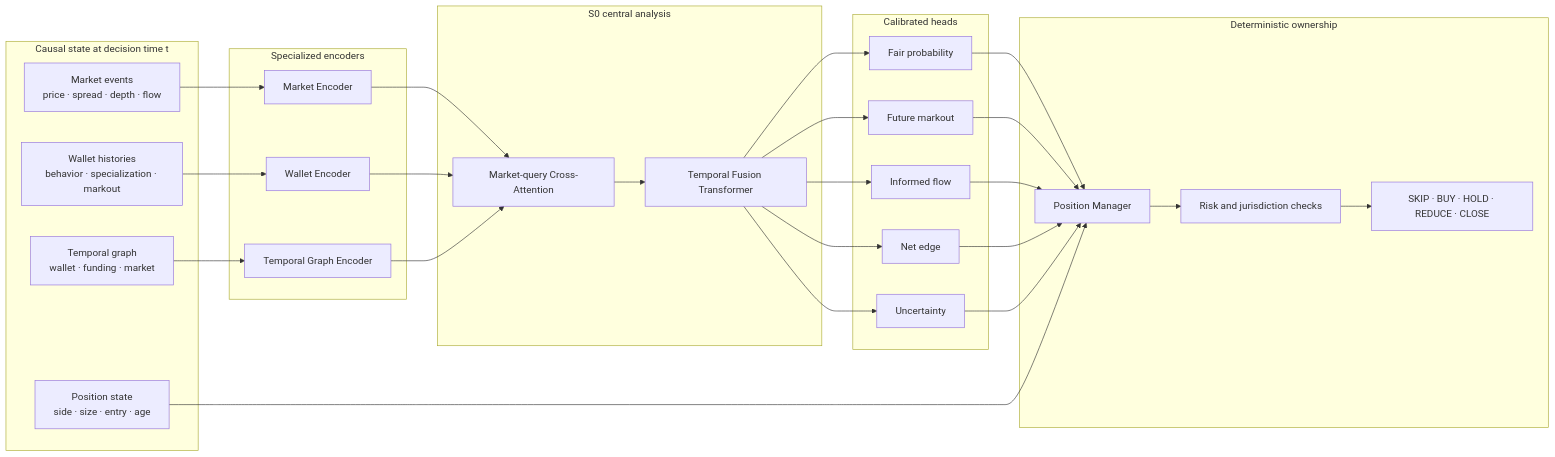
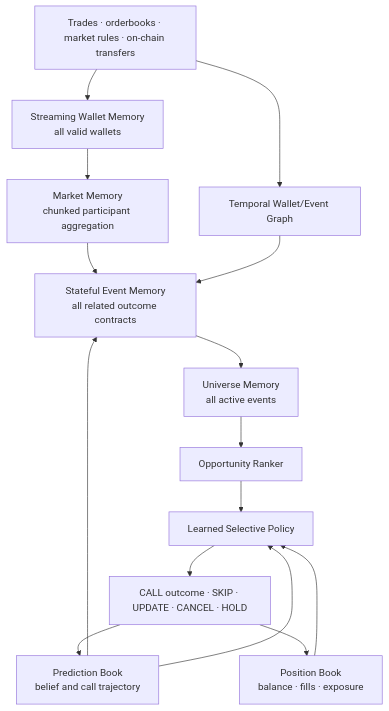
One commit to SergiiRudniev/sphinx-prediction-lab changed the diagram in docs/ARCHITECTURE.md. Above: the diagram before and after it, drawn with Mermaid. The commit also changed other lines of this file and 60 other files, not shown here.

````diff
--- a/docs/ARCHITECTURE.md
+++ b/docs/ARCHITECTURE.md
@@ -22,54 +38,24 @@
 ```mermaid
-flowchart LR
-    subgraph INPUT["Causal state at decision time t"]
-        M["Market events<br/>price · spread · depth · flow"]
-        W["Wallet histories<br/>behavior · specialization · markout"]
-        G["Temporal graph<br/>wallet · funding · market"]
-        P["Position state<br/>side · size · entry · age"]
-    end
+flowchart TB
+    RAW["Trades · orderbooks · market rules · on-chain transfers"]
+    WM["Streaming Wallet Memory<br/>all valid wallets"]
+    MM["Market Memory<br/>chunked participant aggregation"]
+    EM["Stateful Event Memory<br/>all related outcome contracts"]
+    GR["Temporal Wallet/Event Graph"]
+    UM["Universe Memory<br/>all active events"]
+    PB["Prediction Book<br/>belief and call trajectory"]
+    POS["Position Book<br/>balance · fills · exposure"]
+    RK["Opportunity Ranker"]
+    POL["Learned Selective Policy"]
+    OUT["CALL outcome · SKIP · UPDATE · CANCEL · HOLD"]
 
-    subgraph ENCODERS["Specialized encoders"]
-        ME["Market Encoder"]
-        WE["Wallet Encoder"]
-        GE["Temporal Graph Encoder"]
-    end
-
-    subgraph CORE["S0 central analysis"]
-        CA["Market-query Cross-Attention"]
-        TF["Temporal Fusion Transformer"]
-    end
-
-    subgraph HEADS["Calibrated heads"]
-        PR["Fair probability"]
-        MK["Future markout"]
-        IF["Informed flow"]
-        EV["Net edge"]
-        UQ["Uncertainty"]
-    end
-
-    subgraph POLICY["Deterministic ownership"]
-        PM["Position Manager"]
-        RK["Risk and jurisdiction checks"]
-        OUT["SKIP · BUY · HOLD · REDUCE · CLOSE"]
-    end
-
-    M --> ME
-    W --> WE
-    G --> GE
-    ME --> CA
-    WE --> CA
-    GE --> CA
-    CA --> TF
-    TF --> PR
-    TF --> MK
-    TF --> IF
-    TF --> EV
-    TF --> UQ
-    PR --> PM
-    MK --> PM
-    IF --> PM
-    EV --> PM
-    UQ --> PM
-    P --> PM
-    PM --> RK --> OUT
+    RAW --> WM --> MM --> EM
+    RAW --> GR --> EM
+    EM --> UM --> RK
+    PB --> EM
+    PB --> POL
+    POS --> POL
+    RK --> POL --> OUT
+    OUT --> PB
+    OUT --> POS
 ```
````
